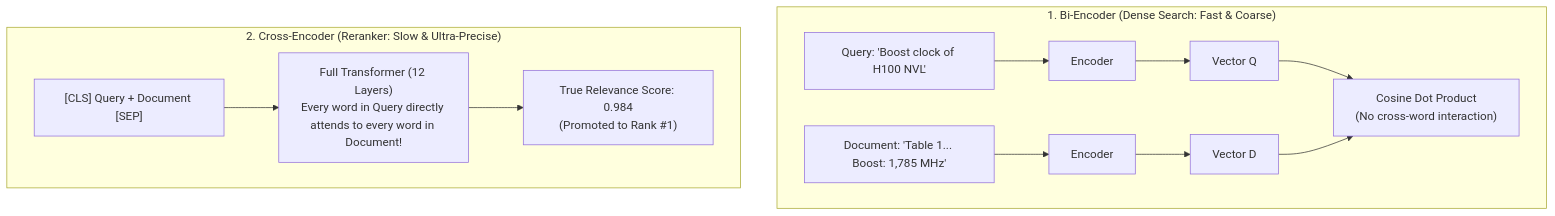
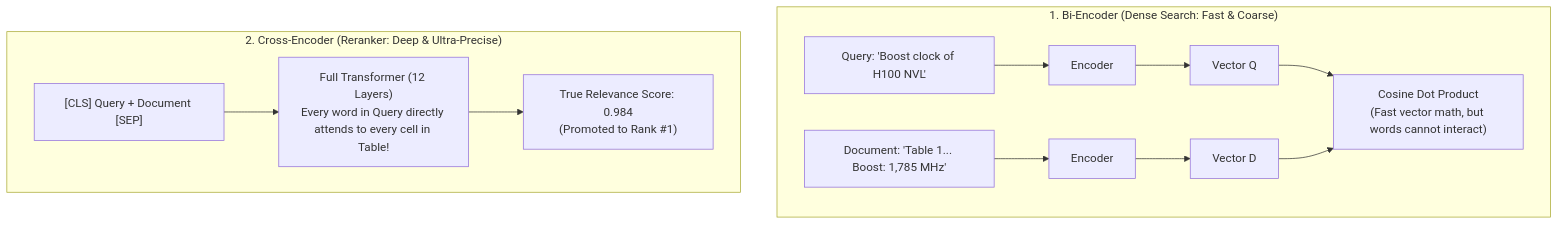
Before and after one commit to frasheed-dev/specrag: the sixth of 8 diagrams in README.md, drawn with Mermaid. The commit also changed other lines of this file, not shown here.

Commit message:
docs: add metric explanations (Hit Rate, MRR, Latency, CPU vs GPU) and multi-type Mermaid diagrams

````diff
--- a/README.md
+++ b/README.md
@@ -166,13 +189,13 @@
 ```mermaid
 flowchart TD
     subgraph BiEncoder ["1. Bi-Encoder (Dense Search: Fast & Coarse)"]
         BE1["Query: 'Boost clock of H100 NVL'"] --> EncQ["Encoder"] --> VecQ["Vector Q"]
         BE2["Document: 'Table 1... Boost: 1,785 MHz'"] --> EncD["Encoder"] --> VecD["Vector D"]
-        VecQ & VecD --> Dot["Cosine Dot Product\n(No cross-word interaction)"]
+        VecQ & VecD --> Dot["Cosine Dot Product\n(Fast vector math, but words cannot interact)"]
     end
 
-    subgraph CrossEncoder ["2. Cross-Encoder (Reranker: Slow & Ultra-Precise)"]
-        CE["[CLS] Query + Document [SEP]"] --> Trans["Full Transformer (12 Layers)\nEvery word in Query directly attends to every word in Document!"]
+    subgraph CrossEncoder ["2. Cross-Encoder (Reranker: Deep & Ultra-Precise)"]
+        CE["[CLS] Query + Document [SEP]"] --> Trans["Full Transformer (12 Layers)\nEvery word in Query directly attends to every cell in Table!"]
         Trans --> Logit["True Relevance Score: 0.984\n(Promoted to Rank #1)"]
     end
 ```
````
